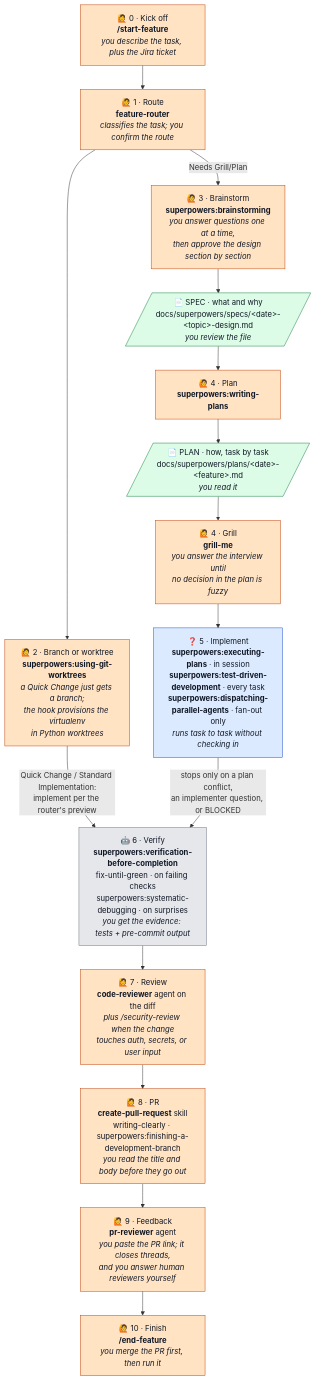
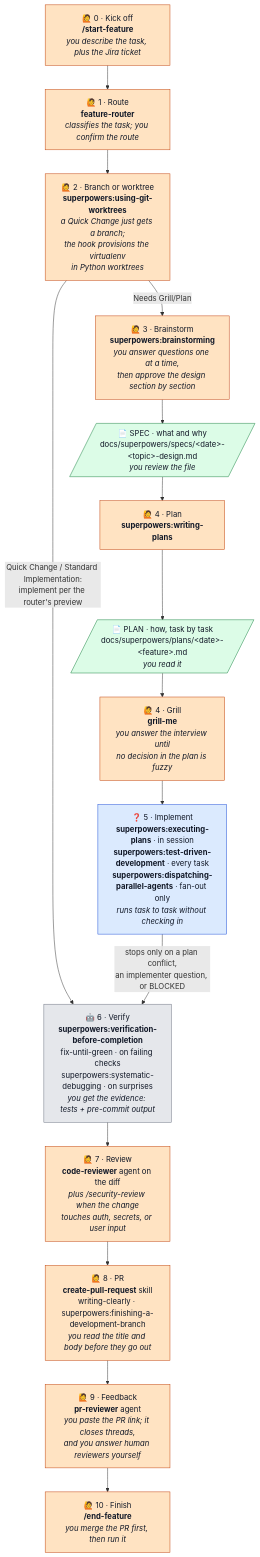
The diagram in README.md (bertini36/dotfiles), drawn with Mermaid before and after one commit. The commit also changed other lines of this file, not shown here.

````diff
--- a/README.md
+++ b/README.md
@@ -165,35 +165,35 @@
 ```mermaid
 flowchart TD
     K["🙋 0 · Kick off<br><b>/start-feature</b><br><i>you describe the task, plus the Jira ticket</i>"]
     RT["🙋 1 · Route<br><b>feature-router</b><br><i>classifies the task; you confirm the route</i>"]
     W["🙋 2 · Branch or worktree<br><b>superpowers:using-git-worktrees</b><br><i>a Quick Change just gets a branch;<br>the hook provisions the virtualenv<br>in Python worktrees</i>"]
     B["🙋 3 · Brainstorm<br><b>superpowers:brainstorming</b><br><i>you answer questions one at a time,<br>then approve the design section by section</i>"]
     SPEC[/"📄 SPEC · what and why<br>docs/superpowers/specs/&lt;date&gt;-&lt;topic&gt;-design.md<br><i>you review the file</i>"/]
     P["🙋 4 · Plan<br><b>superpowers:writing-plans</b>"]
     PLAN[/"📄 PLAN · how, task by task<br>docs/superpowers/plans/&lt;date&gt;-&lt;feature&gt;.md<br><i>you read it</i>"/]
     G["🙋 4 · Grill<br><b>grill-me</b><br><i>you answer the interview until<br>no decision in the plan is fuzzy</i>"]
     I["❓ 5 · Implement<br><b>superpowers:executing-plans</b> · in session<br><b>superpowers:test-driven-development</b> · every task<br><b>superpowers:dispatching-parallel-agents</b> · fan-out only<br><i>runs task to task without checking in</i>"]
     Y["🤖 6 · Verify<br><b>superpowers:verification-before-completion</b><br>fix-until-green · on failing checks<br>superpowers:systematic-debugging · on surprises<br><i>you get the evidence: tests + pre-commit output</i>"]
     R["🙋 7 · Review<br><b>code-reviewer</b> agent on the diff<br><i>plus /security-review when the change<br>touches auth, secrets, or user input</i>"]
     PR["🙋 8 · PR<br><b>create-pull-request</b> skill<br>writing-clearly · superpowers:finishing-a-development-branch<br><i>you read the title and body before they go out</i>"]
     F["🙋 9 · Feedback<br><b>pr-reviewer</b> agent<br><i>you paste the PR link; it closes threads,<br>and you answer human reviewers yourself</i>"]
     Z["🙋 10 · Finish<br><b>/end-feature</b><br><i>you merge the PR first, then run it</i>"]
 
     K --> RT --> W
     W -- "Quick Change / Standard Implementation:<br>implement per the router's preview" --> Y
-    RT -- "Needs Grill/Plan" --> B
+    W -- "Needs Grill/Plan" --> B
     B --> SPEC --> P
     P --> PLAN --> G
     G --> I
     I -- "stops only on a plan conflict,<br>an implementer question, or BLOCKED" --> Y
     Y --> R --> PR --> F --> Z
 
     classDef you fill:#FFE3C2,stroke:#C2410C,color:#111827
     classDef auto fill:#E5E7EB,stroke:#6B7280,color:#111827
     classDef ask fill:#DBEAFE,stroke:#1D4ED8,color:#111827
     classDef doc fill:#DCFCE7,stroke:#15803D,color:#111827
     class K,RT,W,B,P,G,R,PR,F,Z you
     class Y auto
     class I ask
     class SPEC,PLAN doc
 ```
````
